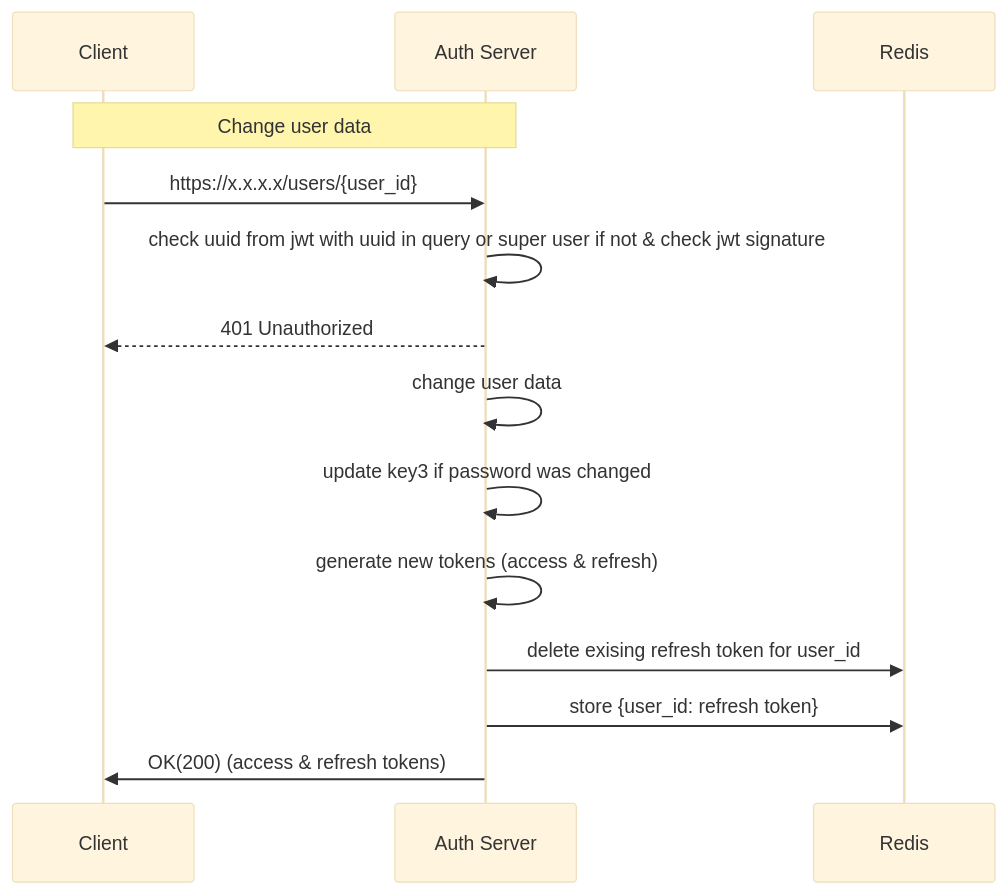
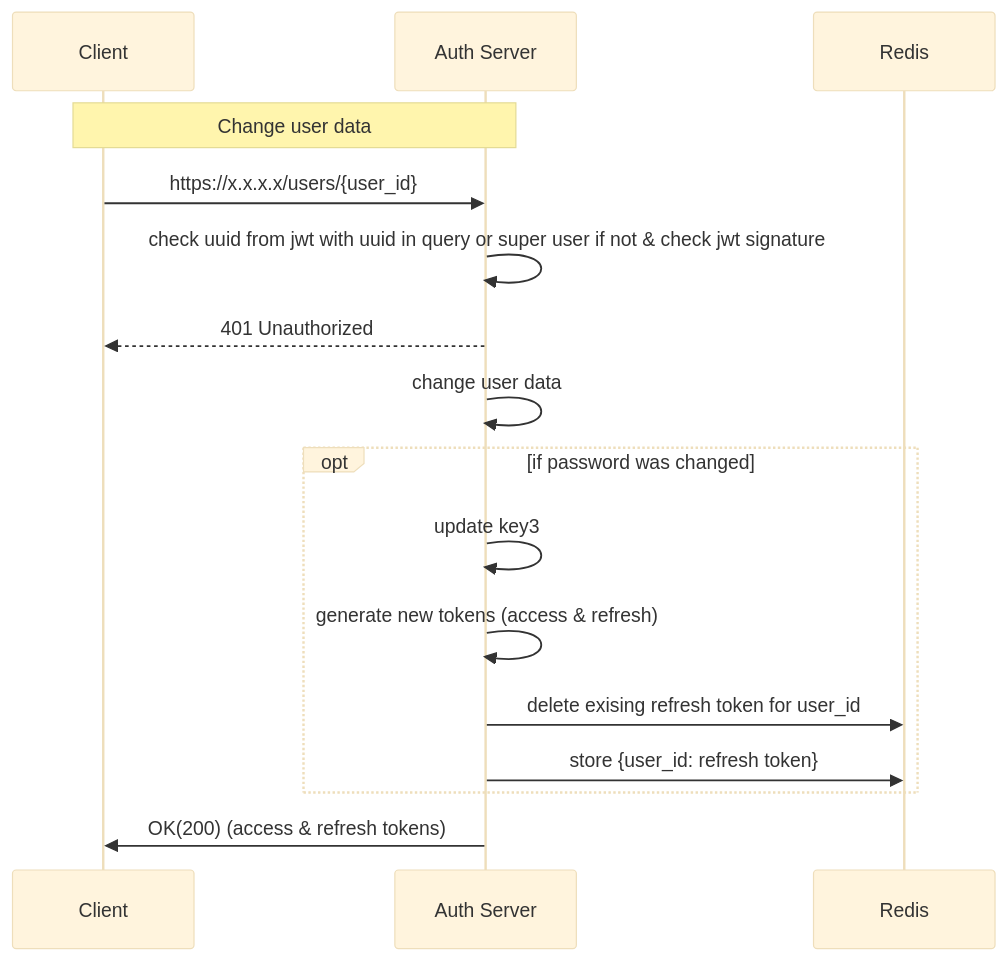
Before and after one commit to veselij/Auth_sprint_6_team_5: the diagram in Docs/1_users/5_change_user_data.md, drawn with Mermaid (base theme). The commit also changed other lines of this file and 13 other files, not shown here.

````diff
--- a/Docs/1_users/5_change_user_data.md
+++ b/Docs/1_users/5_change_user_data.md
@@ -1,18 +1,20 @@
 ```mermaid
 sequenceDiagram
     participant C as Client  
     participant S as Auth Server
     participant R as Redis
 
 	Note over C, S: Change user data
 	C->>S: https://x.x.x.x/users/{user_id}
 	S->>S: check uuid from jwt with uuid in query or super user if not & check jwt signature
 	S-->>C: 401 Unauthorized
 	S->>S: change user data
-	S->>S: update key3 if password was changed
+	opt if password was changed
+	S->>S: update key3
 	S->>S: generate new tokens (access & refresh)
 	S->>R: delete exising refresh token for user_id
-	S->>R: store {user_id: refresh token}
+	S->>R: store {user_id: refresh token} 
+	end
 	S->>C: OK(200) (access & refresh tokens)
 	
 ```
````
